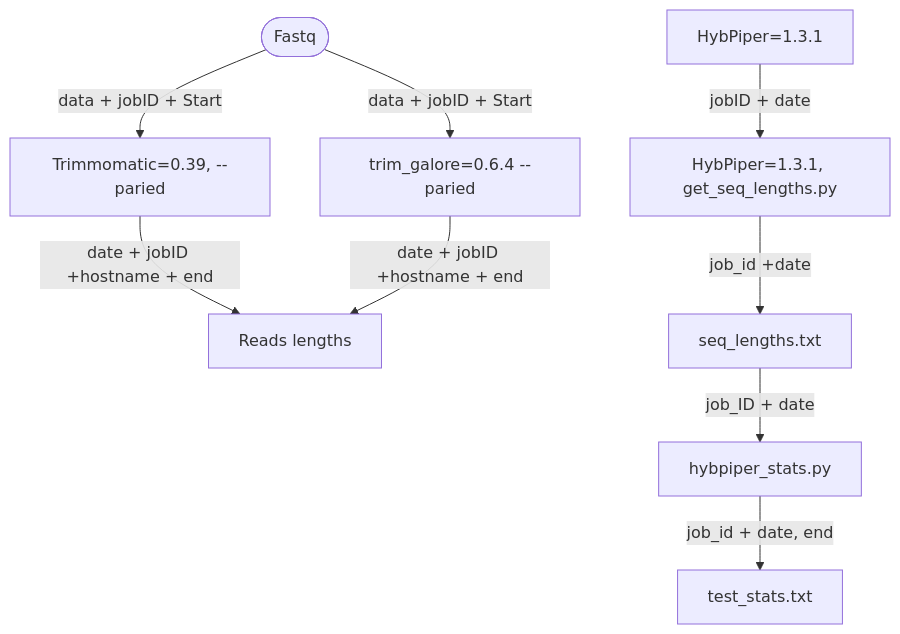
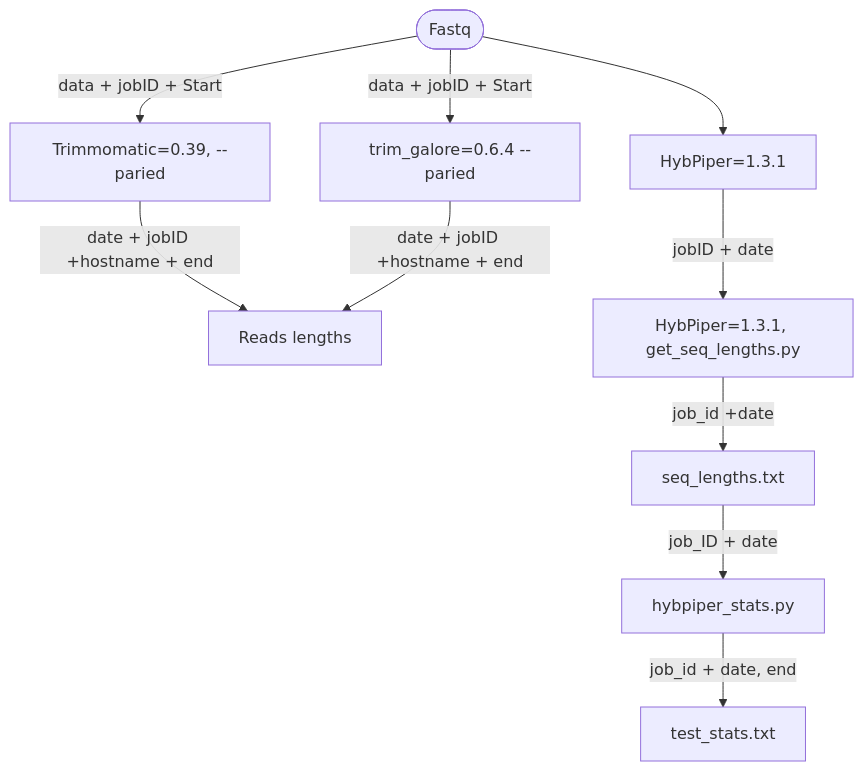
Before and after one commit to CDanielDuarte/Ata-Pibic-2024-2025.github.io: the diagram in posts/nextflow_posts/digram.qmd, drawn with Mermaid. The commit also changed 3 other files, not shown here.

`````diff
--- a/posts/nextflow_posts/digram.qmd
+++ b/posts/nextflow_posts/digram.qmd
@@ -12,21 +12,21 @@
 ````{mermaid}
 flowchart TD
    data([Fastq]) --> |data + jobID + Start| A[Trimmomatic=0.39, --paried] & B[trim_galore=0.6.4 --paried] 
    A & B --> |date + jobID +hostname + end| D[Reads lengths]
 
-
+   data --> E
    E[HybPiper=1.3.1] --> |jobID + date| F[HybPiper=1.3.1, get_seq_lengths.py] 
    F --> |job_id +date| G[seq_lengths.txt]
    G --> |job_ID + date| H[hybpiper_stats.py] 
    H --> |job_id + date, end| I[test_stats.txt]
    
 
    
 
    
 
 
 
 
 
 ````
`````
